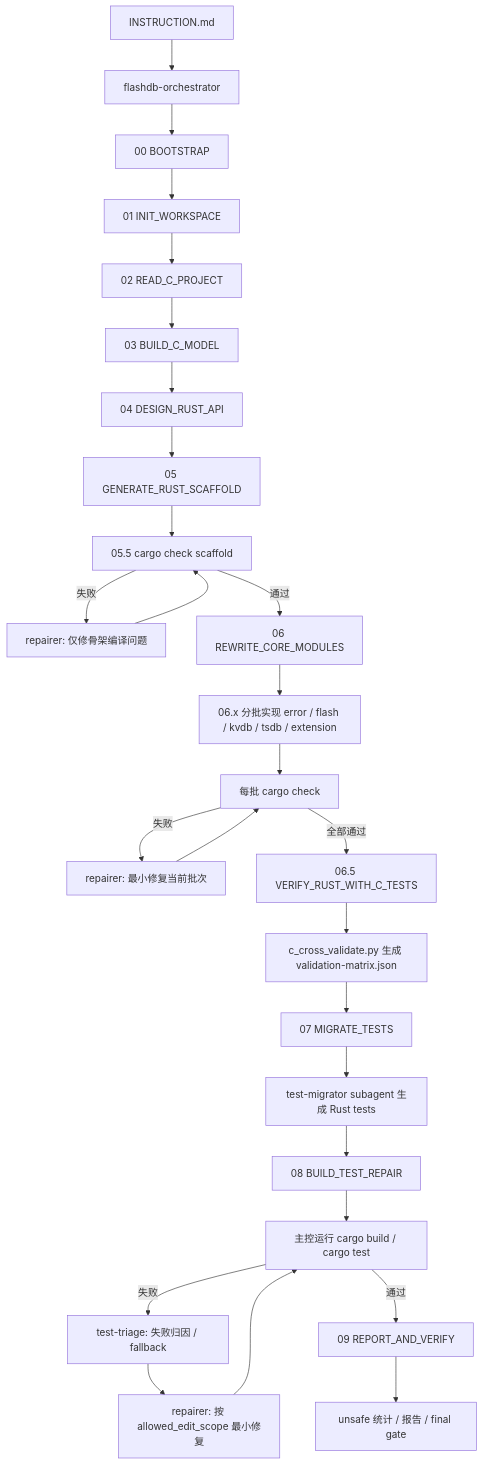
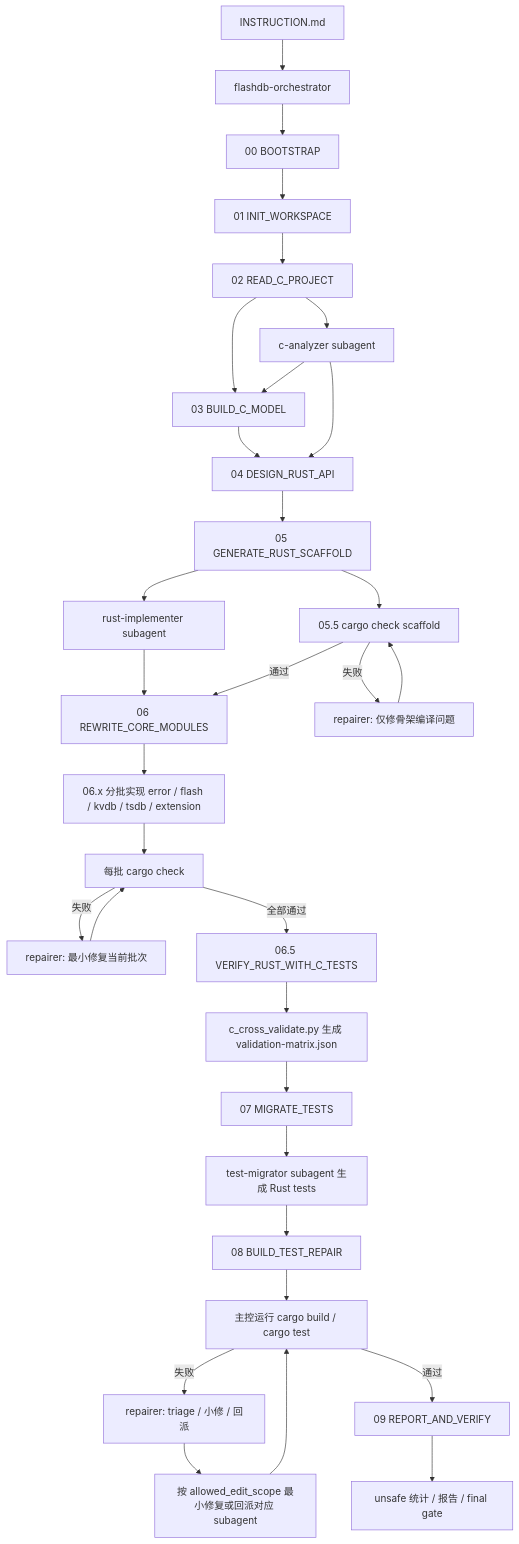
Before and after one commit to wsjq5477/2026-C2Rust-BenchMark: the diagram in design_doc/参赛工程设计文档.md, drawn with Mermaid. The commit also changed other lines of this file and 14 other files, not shown here.

````diff
--- a/design_doc/参赛工程设计文档.md
+++ b/design_doc/参赛工程设计文档.md
@@ -384,29 +396,34 @@
 ```mermaid
 flowchart TD
     A["INSTRUCTION.md"] --> B["flashdb-orchestrator"]
     B --> C["00 BOOTSTRAP"]
     C --> D["01 INIT_WORKSPACE"]
     D --> E["02 READ_C_PROJECT"]
     E --> F["03 BUILD_C_MODEL"]
     F --> G["04 DESIGN_RUST_API"]
+    E --> CA["c-analyzer subagent"]
+    CA --> F
+    CA --> G
     G --> H["05 GENERATE_RUST_SCAFFOLD"]
     H --> I["05.5 cargo check scaffold"]
+    H --> RI["rust-implementer subagent"]
+    RI --> K
     I -->|失败| J["repairer: 仅修骨架编译问题"]
     J --> I
     I -->|通过| K["06 REWRITE_CORE_MODULES"]
     K --> L["06.x 分批实现 error / flash / kvdb / tsdb / extension"]
     L --> M["每批 cargo check"]
     M -->|失败| N["repairer: 最小修复当前批次"]
     N --> M
     M -->|全部通过| O["06.5 VERIFY_RUST_WITH_C_TESTS"]
     O --> P["c_cross_validate.py 生成 validation-matrix.json"]
     P --> Q["07 MIGRATE_TESTS"]
     Q --> R["test-migrator subagent 生成 Rust tests"]
     R --> S["08 BUILD_TEST_REPAIR"]
     S --> T["主控运行 cargo build / cargo test"]
-    T -->|失败| U["test-triage: 失败归因 / fallback"]
-    U --> X["repairer: 按 allowed_edit_scope 最小修复"]
+    T -->|失败| U["repairer: triage / 小修 / 回派"]
+    U --> X["按 allowed_edit_scope 最小修复或回派对应 subagent"]
     X --> T
     T -->|通过| V["09 REPORT_AND_VERIFY"]
     V --> W["unsafe 统计 / 报告 / final gate"]
 ```
````
